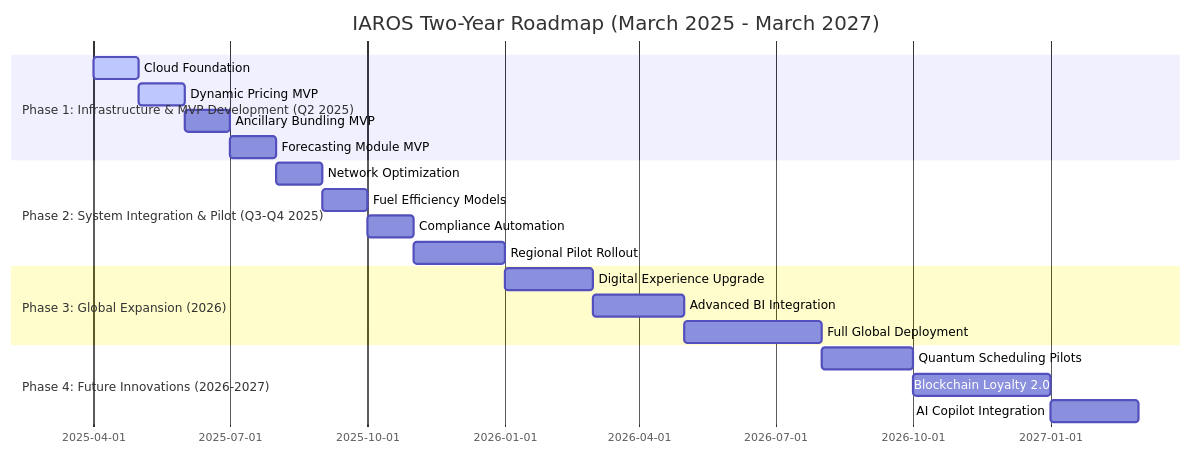
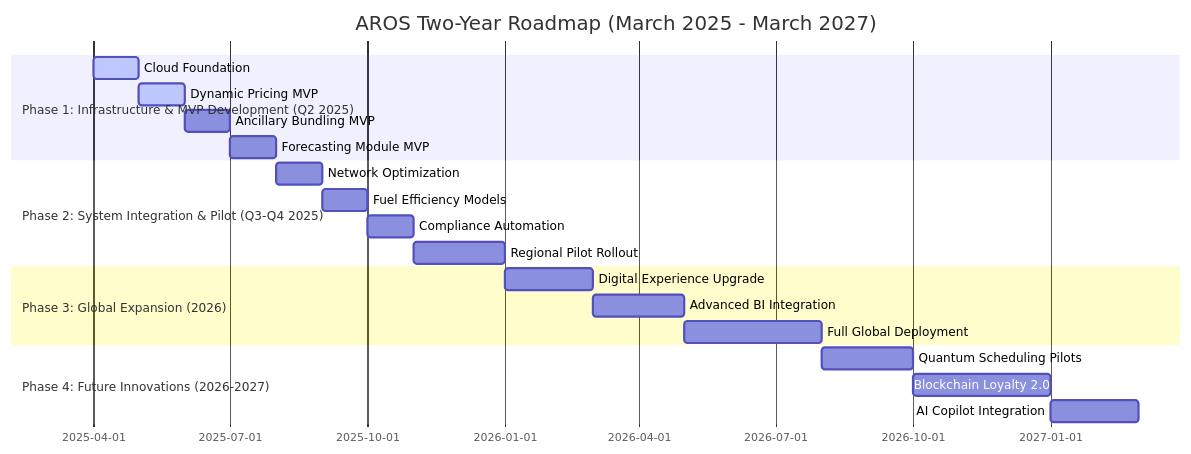
The diagram in business_strategy/Roadmap_and_Milestones.md (suprachakra/Airline-Revenue-Optimization-System), drawn with Mermaid before and after one commit. The commit also changed other lines of this file, not shown here.

````diff
--- a/business_strategy/Roadmap_and_Milestones.md
+++ b/business_strategy/Roadmap_and_Milestones.md
@@ -14,29 +15,29 @@
 ```mermaid
 gantt
-    title IAROS Two-Year Roadmap (March 2025 - March 2027)
+    title AROS Two-Year Roadmap (March 2025 - March 2027)
     dateFormat  YYYY-MM
     todayMarker 2025-04
     
     section Phase 1: Infrastructure & MVP Development (Q2 2025)
     Cloud Foundation           :active, phase1a, 2025-04, 2025-05
     Dynamic Pricing MVP        :active, phase1b, 2025-05, 2025-06
     Ancillary Bundling MVP     :         phase1c, 2025-06, 2025-07
     Forecasting Module MVP     :         phase1d, 2025-07, 2025-08
     
     section Phase 2: System Integration & Pilot (Q3-Q4 2025)
     Network Optimization       :         phase2a, 2025-08, 2025-09
     Fuel Efficiency Models     :         phase2b, 2025-09, 2025-10
     Compliance Automation      :         phase2c, 2025-10, 2025-11
     Regional Pilot Rollout     :         phase2d, 2025-11, 2026-01
     
     section Phase 3: Global Expansion (2026)
     Digital Experience Upgrade :         phase3a, 2026-01, 2026-03
     Advanced BI Integration    :         phase3b, 2026-03, 2026-05
     Full Global Deployment     :         phase3c, 2026-05, 2026-08
     
     section Phase 4: Future Innovations (2026-2027)
     Quantum Scheduling Pilots  :         phase4a, 2026-08, 2026-10
     Blockchain Loyalty 2.0     :         phase4b, 2026-10, 2027-01
     AI Copilot Integration     :         phase4c, 2027-01, 2027-03
 
 ```
````
